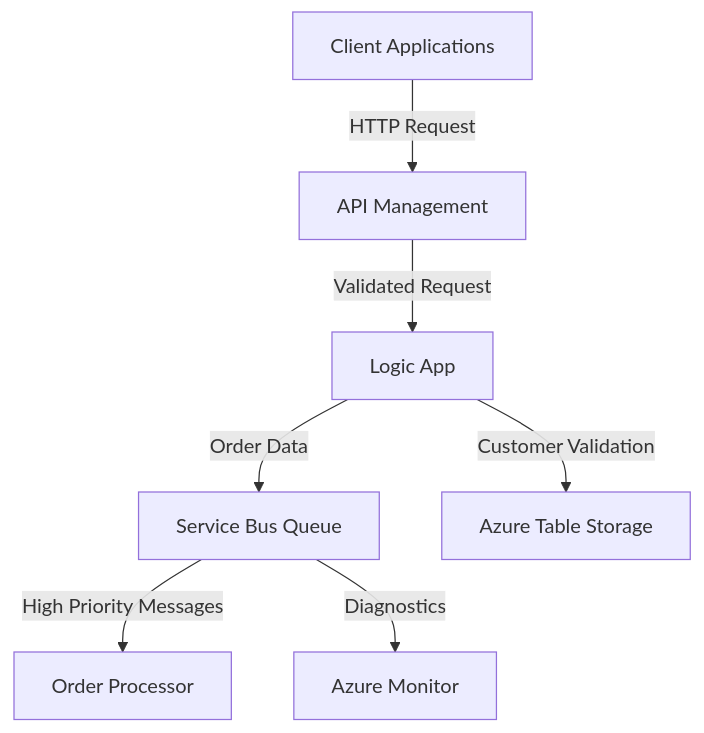
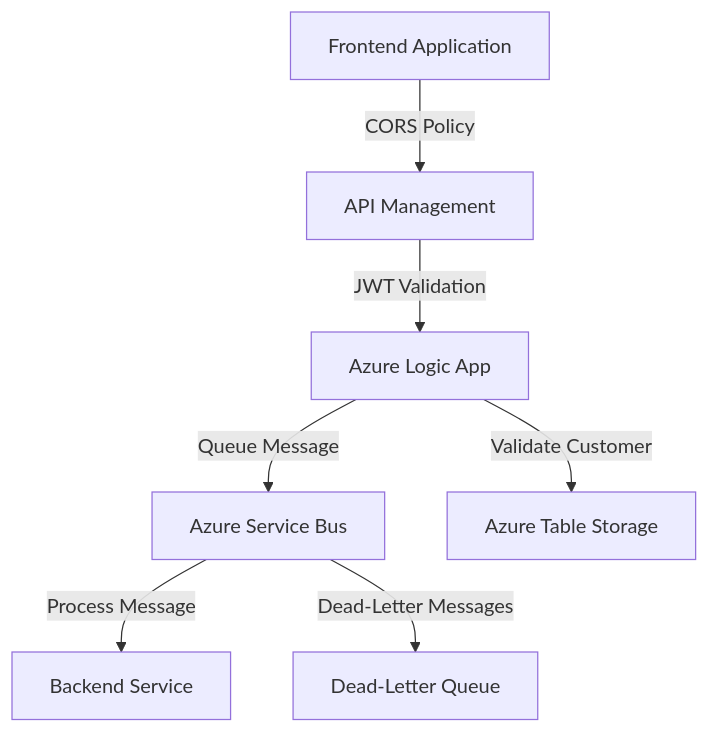
One commit to mayankgupta7673/azure-pr-docs-agent changed the diagram in docs/pr-1-azure-integrations.md. Above: the diagram before and after it, drawn with Mermaid. The commit also changed other lines of this file, not shown here.

Commit message:
docs: auto-generated Azure integration documentation [skip ci]

````diff
--- a/docs/pr-1-azure-integrations.md
+++ b/docs/pr-1-azure-integrations.md
@@ -114,9 +112,9 @@
 ```mermaid
 graph TD
-    Client[Client Applications] -->|HTTP Request| APIM[API Management]
-    APIM -->|Validated Request| LogicApp[Logic App]
-    LogicApp -->|Order Data| ServiceBus[Service Bus Queue]
-    ServiceBus -->|High Priority Messages| Subscriber[Order Processor]
-    LogicApp -->|Customer Validation| AzureTable[Azure Table Storage]
-    ServiceBus -->|Diagnostics| AzureMonitor[Azure Monitor]
+    A[Frontend Application] -->|CORS Policy| B[API Management]
+    B -->|JWT Validation| C[Azure Logic App]
+    C -->|Queue Message| D[Azure Service Bus]
+    D -->|Process Message| E[Backend Service]
+    C -->|Validate Customer| F[Azure Table Storage]
+    D -->|Dead-Letter Messages| G[Dead-Letter Queue]
 ```
````
